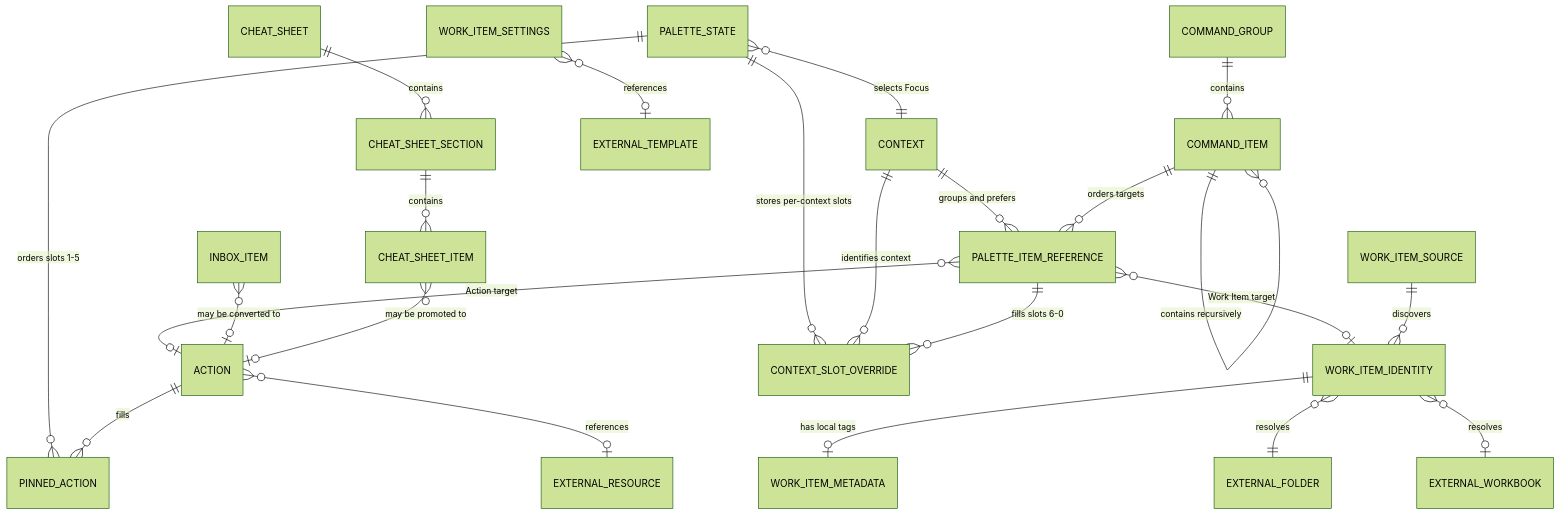
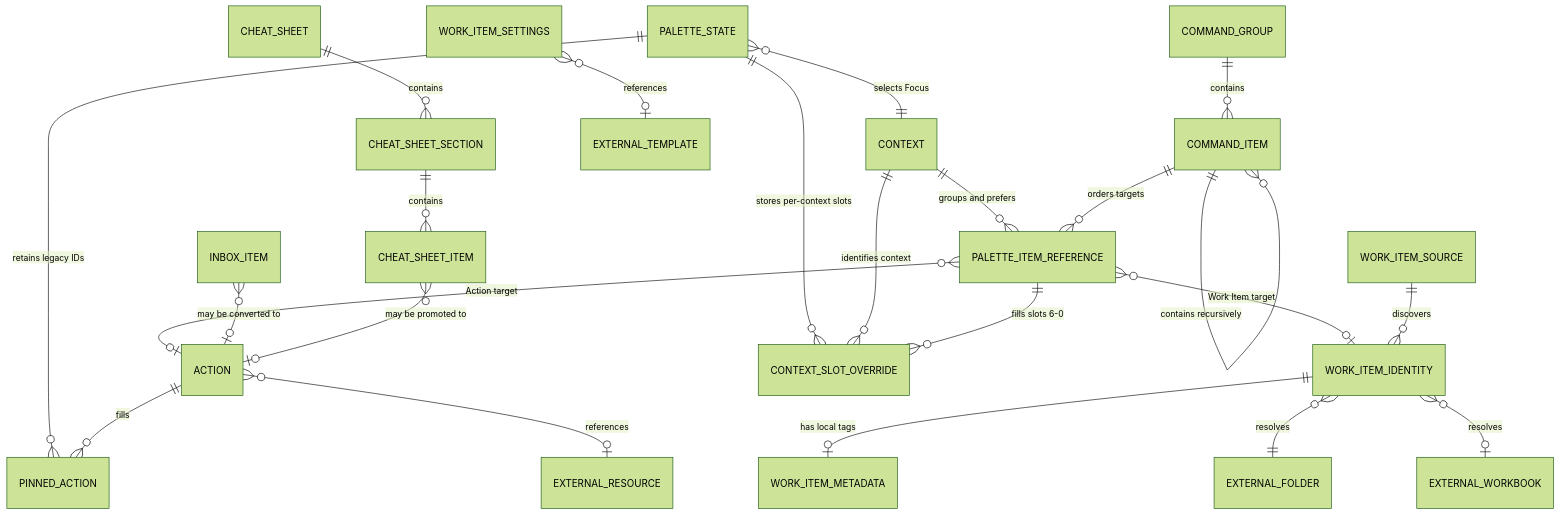
Before and after one commit to Jefvw/context-palette: the diagram in docs/DATA_MODEL.md, drawn with Mermaid (forest theme). The commit also changed other lines of this file and 40 other files, not shown here.

````diff
--- a/docs/DATA_MODEL.md
+++ b/docs/DATA_MODEL.md
@@ -36,30 +36,30 @@
 ```mermaid
 erDiagram
     CONTEXT ||--o{ PALETTE_ITEM_REFERENCE : "groups and prefers"
     PALETTE_ITEM_REFERENCE }o--o| ACTION : "Action target"
     PALETTE_ITEM_REFERENCE }o--o| WORK_ITEM_IDENTITY : "Work Item target"
 
-    PALETTE_STATE ||--o{ PINNED_ACTION : "orders slots 1-5"
+    PALETTE_STATE ||--o{ PINNED_ACTION : "retains legacy IDs"
     ACTION ||--o{ PINNED_ACTION : "fills"
     PALETTE_STATE }o--|| CONTEXT : "selects Focus"
     PALETTE_STATE ||--o{ CONTEXT_SLOT_OVERRIDE : "stores per-context slots"
     CONTEXT ||--o{ CONTEXT_SLOT_OVERRIDE : "identifies context"
     PALETTE_ITEM_REFERENCE ||--o{ CONTEXT_SLOT_OVERRIDE : "fills slots 6-0"
 
     COMMAND_GROUP ||--o{ COMMAND_ITEM : contains
     COMMAND_ITEM ||--o{ COMMAND_ITEM : "contains recursively"
     COMMAND_ITEM ||--o{ PALETTE_ITEM_REFERENCE : "orders targets"
 
     WORK_ITEM_SOURCE ||--o{ WORK_ITEM_IDENTITY : discovers
     WORK_ITEM_IDENTITY ||--o| WORK_ITEM_METADATA : "has local tags"
     WORK_ITEM_SETTINGS }o--o| EXTERNAL_TEMPLATE : references
 
     ACTION }o--o| EXTERNAL_RESOURCE : references
     WORK_ITEM_IDENTITY }o--|| EXTERNAL_FOLDER : resolves
     WORK_ITEM_IDENTITY }o--o| EXTERNAL_WORKBOOK : resolves
 
     INBOX_ITEM }o--o| ACTION : "may be converted to"
     CHEAT_SHEET ||--o{ CHEAT_SHEET_SECTION : contains
     CHEAT_SHEET_SECTION ||--o{ CHEAT_SHEET_ITEM : contains
     CHEAT_SHEET_ITEM }o--o| ACTION : "may be promoted to"
 ```
````
